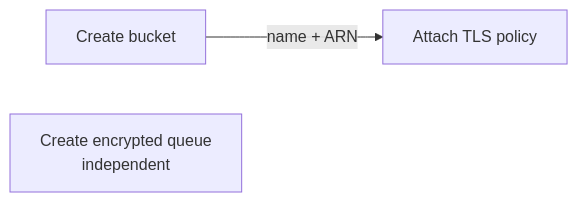
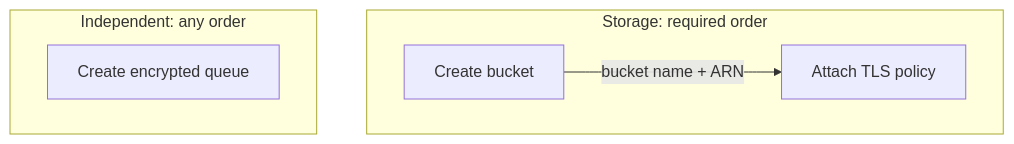
The diagram in examples/cloudformation/README.md (vhiekin/aapi), drawn with Mermaid before and after one commit. The commit also changed 4 other files, not shown here.

First line of the commit message:
Make proposal diagrams follow a clear reading order

````diff
--- a/examples/cloudformation/README.md
+++ b/examples/cloudformation/README.md
@@ -27,5 +27,9 @@
 ```mermaid
-flowchart LR
-  B["Create bucket"] -->|"name + ARN"| P["Attach TLS policy"]
-  Q["Create encrypted queue<br/>independent"]
+flowchart TB
+  subgraph Storage["Storage: required order"]
+    B["Create bucket"] -->|"bucket name + ARN"| P["Attach TLS policy"]
+  end
+  subgraph Queue["Independent: any order"]
+    Q["Create encrypted queue"]
+  end
 ```
````
